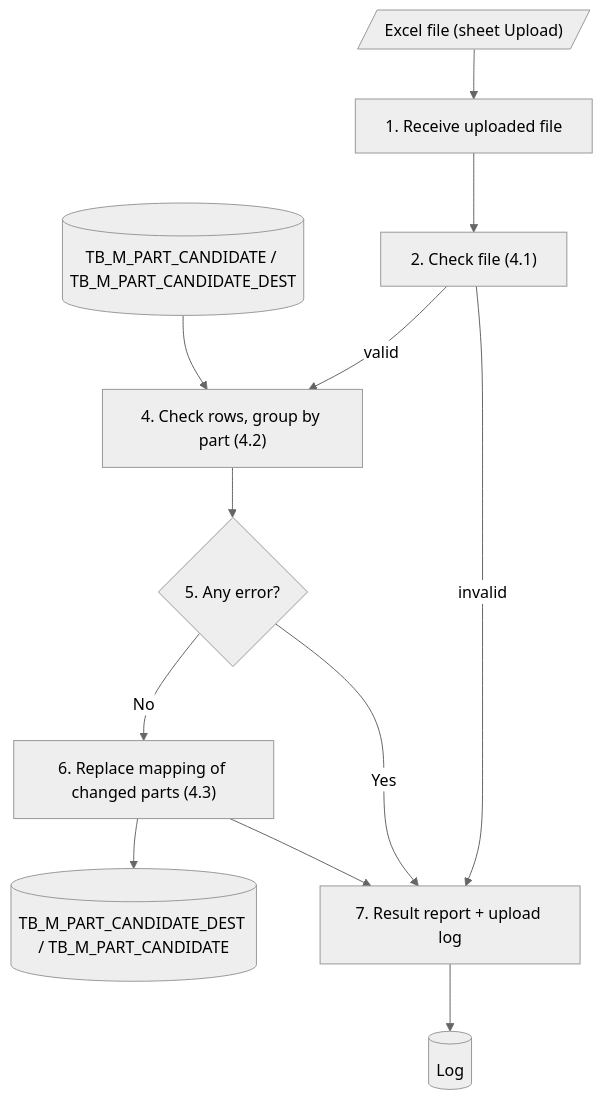
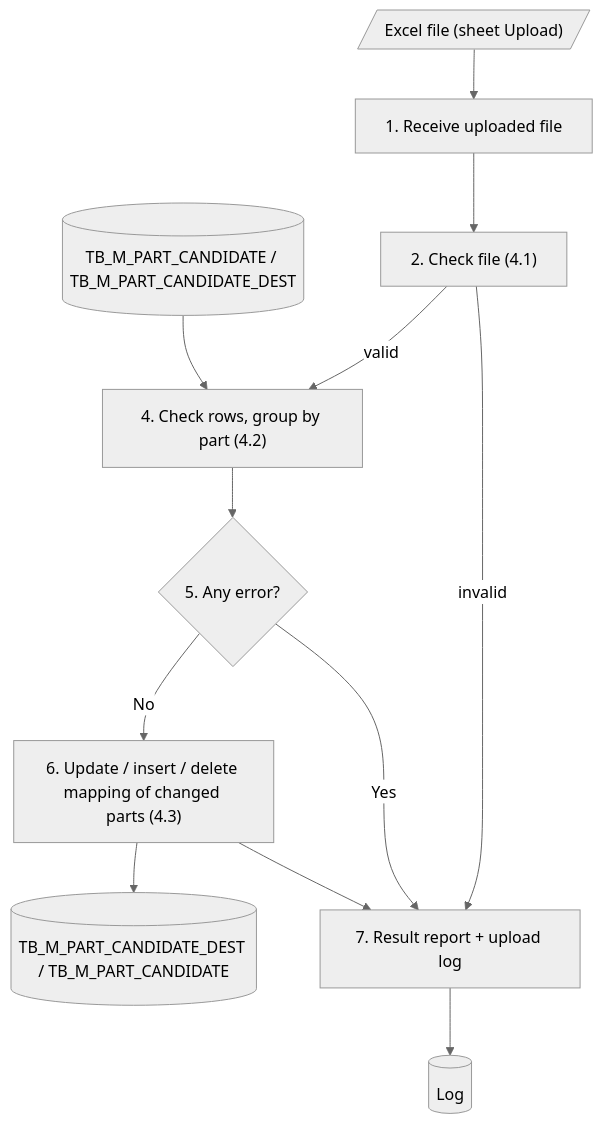
One commit to ivanrayhannn/crossdockpoc changed the second of 2 diagrams in prepare_code/uiss/XD03_Batch_PartDestinationMappingUpload.md. Above: the diagram before and after it, drawn with Mermaid (neutral theme). The commit also changed other lines of this file and 9 other files, not shown here.

First line of the commit message:
XD01 / XD03: save mapping per destination (update / insert / delete) instead of delete-all + insert

````diff
--- a/prepare_code/uiss/XD03_Batch_PartDestinationMappingUpload.md
+++ b/prepare_code/uiss/XD03_Batch_PartDestinationMappingUpload.md
@@ -82,24 +82,24 @@
 ```mermaid
 flowchart TB
   p1["1. Receive uploaded file"]
   xls[/"Excel file (sheet Upload)"/]
   p2["2. Check file (4.1)"]
   p4["4. Check rows, group by part (4.2)"]
   m[("TB_M_PART_CANDIDATE / TB_M_PART_CANDIDATE_DEST")]
   d{"5. Any error?"}
-  p6["6. Replace mapping of changed parts (4.3)"]
+  p6["6. Update / insert / delete mapping of changed parts (4.3)"]
   t[("TB_M_PART_CANDIDATE_DEST / TB_M_PART_CANDIDATE")]
   p7["7. Result report + upload log"]
   log[("Log")]
   xls --> p1
   p1 --> p2
   p2 -->|valid| p4
   p2 -->|invalid| p7
   m --> p4
   p4 --> d
   d -->|No| p6
   d -->|Yes| p7
   p6 --> t
   p6 --> p7
   p7 --> log
 ```
````
